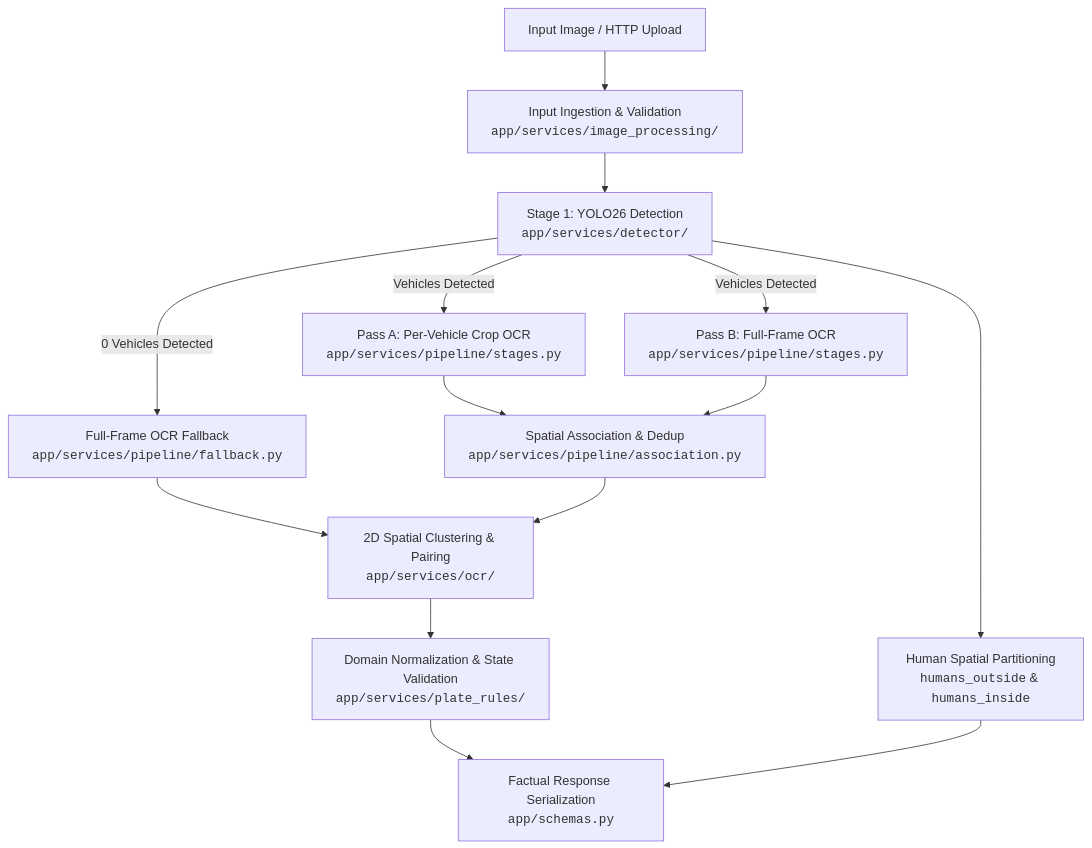
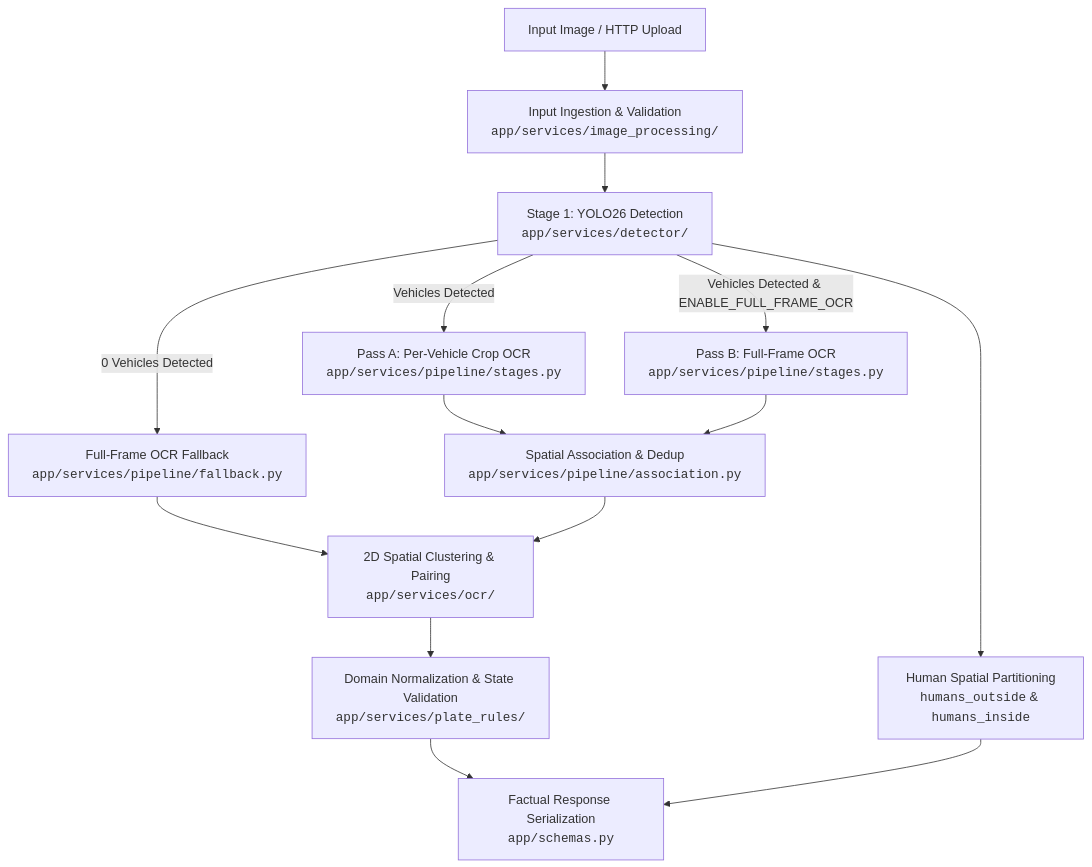
The diagram in docs/ARCHITECTURE.md (dheereshag/argus), drawn with Mermaid before and after one commit. The commit also changed other lines of this file and 5 other files, not shown here.

Commit message:
feat: make full-frame OCR optional via ENABLE_FULL_FRAME_OCR setting

````diff
--- a/docs/ARCHITECTURE.md
+++ b/docs/ARCHITECTURE.md
@@ -11,20 +11,20 @@
 ```mermaid
 flowchart TD
     A[Input Image / HTTP Upload] --> B[Input Ingestion & Validation<br/><code>app/services/image_processing/</code>]
     B --> C[Stage 1: YOLO26 Detection<br/><code>app/services/detector/</code>]
     
     C --> H1[Human Spatial Partitioning<br/><code>humans_outside</code> & <code>humans_inside</code>]
     
     C -- Vehicles Detected --> D[Pass A: Per-Vehicle Crop OCR<br/><code>app/services/pipeline/stages.py</code>]
-    C -- Vehicles Detected --> E1[Pass B: Full-Frame OCR<br/><code>app/services/pipeline/stages.py</code>]
+    C -- Vehicles Detected & ENABLE_FULL_FRAME_OCR --> E1[Pass B: Full-Frame OCR<br/><code>app/services/pipeline/stages.py</code>]
     C -- 0 Vehicles Detected --> E2[Full-Frame OCR Fallback<br/><code>app/services/pipeline/fallback.py</code>]
     
     D --> S[Spatial Association & Dedup<br/><code>app/services/pipeline/association.py</code>]
     E1 --> S
     E2 --> F[2D Spatial Clustering & Pairing<br/><code>app/services/ocr/</code>]
     S --> F
     
     F --> G[Domain Normalization & State Validation<br/><code>app/services/plate_rules/</code>]
     G --> H[Factual Response Serialization<br/><code>app/schemas.py</code>]
     H1 --> H
 ```
````
